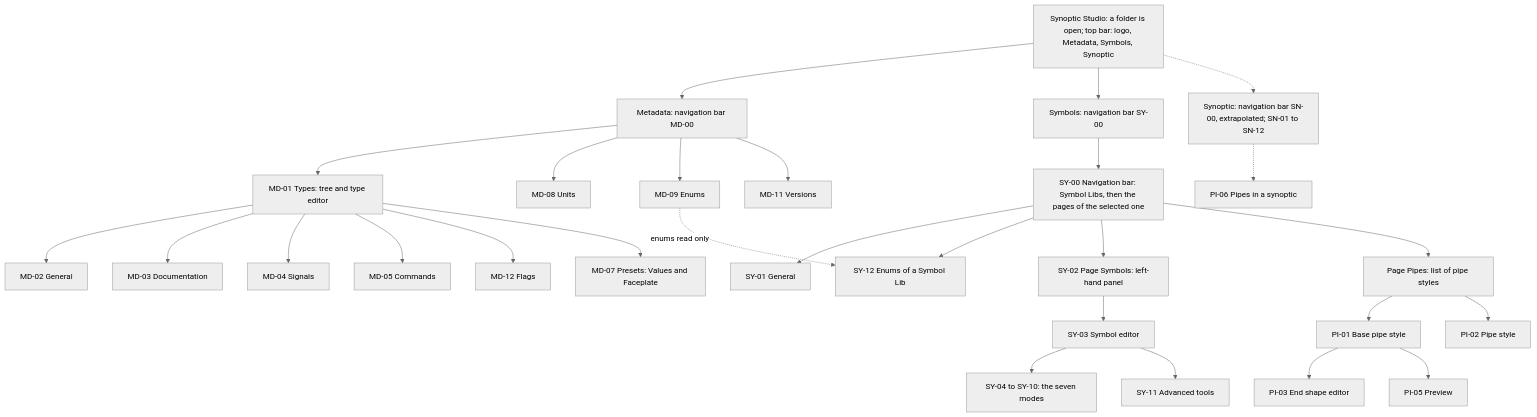
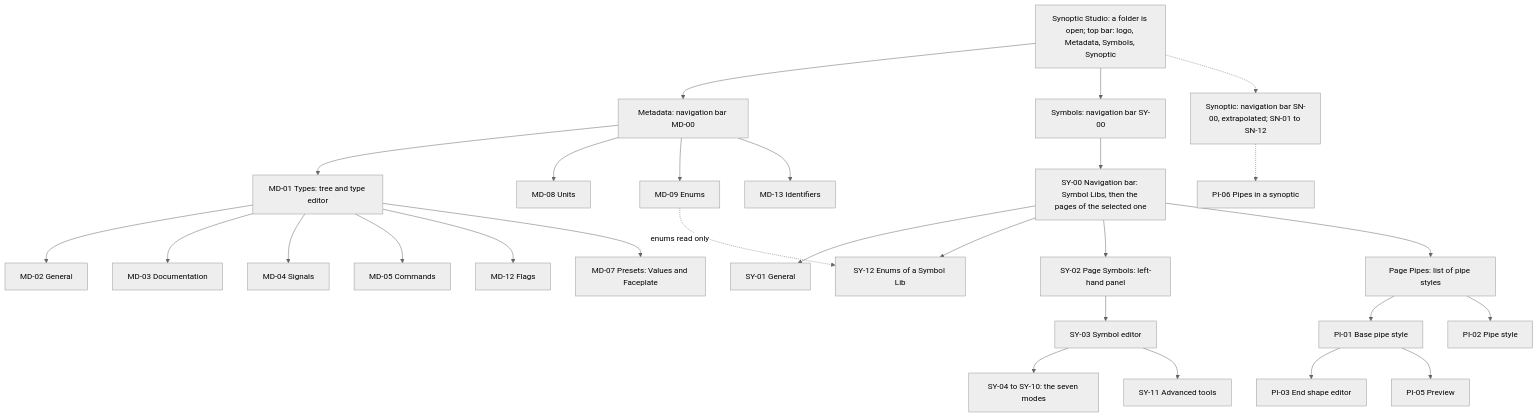
The sixth of 6 diagrams in screens/README.md (AlexandreGallais/synoptic-studio-spec), drawn with Mermaid (neutral theme) before and after one commit. The commit also changed other lines of this file and 4 other files, not shown here.

````diff
--- a/screens/README.md
+++ b/screens/README.md
@@ -198,32 +198,32 @@
 ```mermaid
 flowchart TD
     APP["Synoptic Studio: a folder is open; top bar: logo, Metadata, Symbols, Synoptic"] --> MD["Metadata: navigation bar MD-00"]
     APP --> SY["Symbols: navigation bar SY-00"]
     APP -.-> P3["Synoptic: navigation bar SN-00, extrapolated; SN-01 to SN-12"]
 
     MD --> MD01["MD-01 Types: tree and type editor"]
     MD01 --> MD02["MD-02 General"]
     MD01 --> MD03["MD-03 Documentation"]
     MD01 --> MD04["MD-04 Signals"]
     MD01 --> MD05["MD-05 Commands"]
     MD01 --> MD12["MD-12 Flags"]
     MD01 --> MD07["MD-07 Presets: Values and Faceplate"]
     MD --> MD08["MD-08 Units"]
     MD --> MD09["MD-09 Enums"]
-    MD --> MD11["MD-11 Versions"]
+    MD --> MD13["MD-13 Identifiers"]
 
     SY --> SY00["SY-00 Navigation bar: Symbol Libs, then the pages of the selected one"]
     SY00 --> SY01["SY-01 General"]
     SY00 --> SY12["SY-12 Enums of a Symbol Lib"]
     SY00 --> SY02["SY-02 Page Symbols: left-hand panel"]
     SY00 --> SYP["Page Pipes: list of pipe styles"]
     SY02 --> SY03["SY-03 Symbol editor"]
     SY03 --> SY04["SY-04 to SY-10: the seven modes"]
     SY03 --> SY11["SY-11 Advanced tools"]
     MD09 -.->|"enums read only"| SY12
     SYP --> PI01["PI-01 Base pipe style"]
     SYP --> PI02["PI-02 Pipe style"]
     PI01 --> PI03["PI-03 End shape editor"]
     PI01 --> PI05["PI-05 Preview"]
     P3 -.-> PI06["PI-06 Pipes in a synoptic"]
 ```
````
